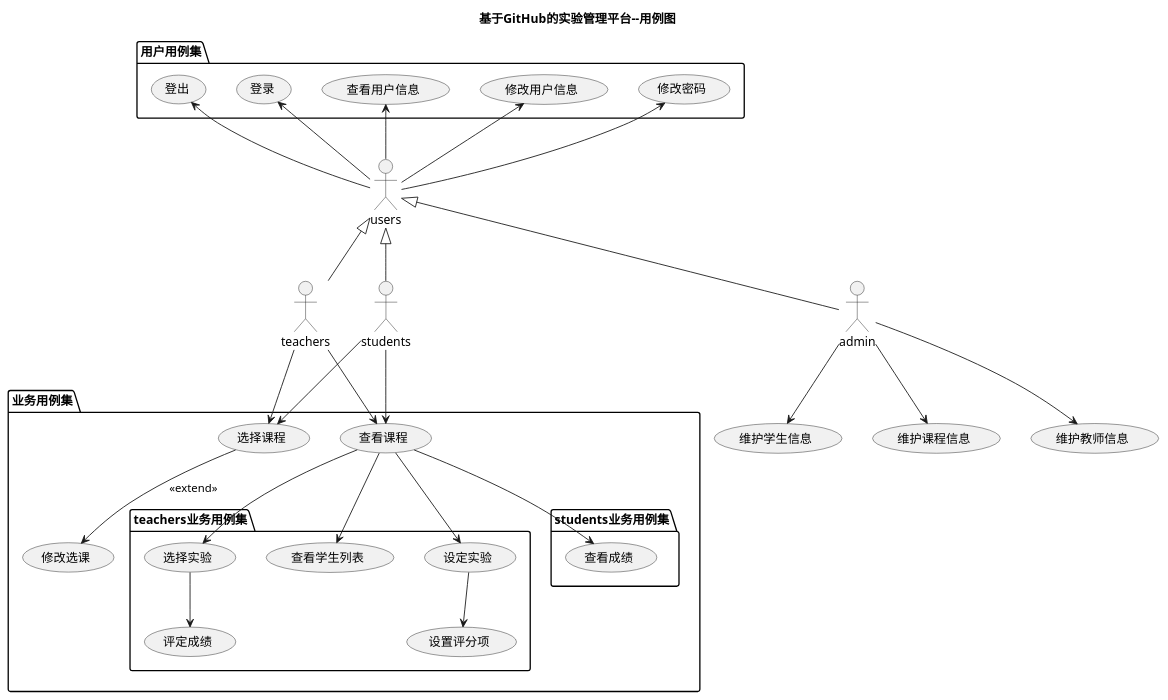
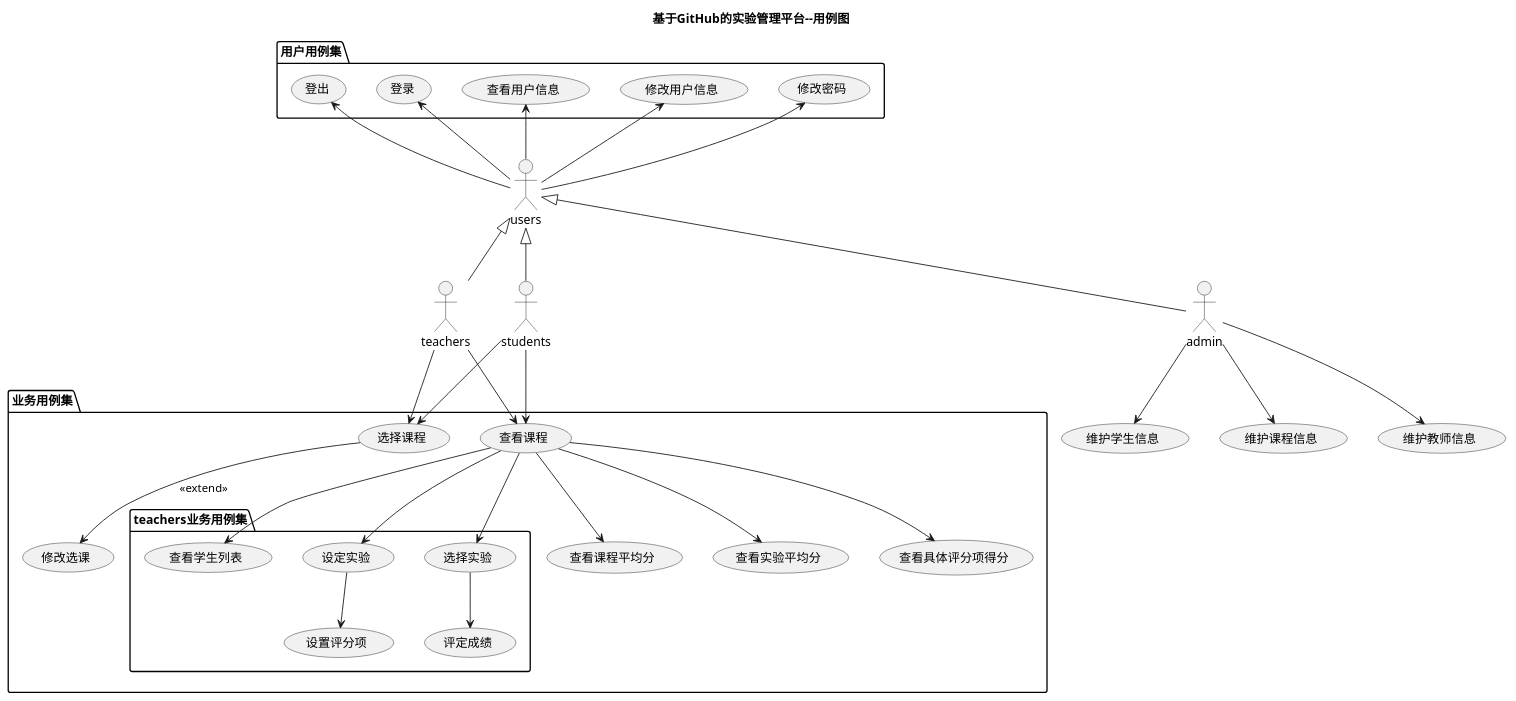
The diagram in test6/src/UserCase.puml (mzy1997/is_analysis), drawn with PlantUML before and after one commit. The commit also changed 2 other files, not shown here.

```diff
--- a/test6/src/UserCase.puml
+++ b/test6/src/UserCase.puml
@@ -1,38 +1,40 @@
 @startuml
 title 基于GitHub的实验管理平台--用例图
 actor users
 actor teachers
 actor students
 actor admin
 users <|-- teachers
 users <|-- students
 users <|-- admin
 package 用户用例集{
 users -up-> (修改密码)
 users -up-> (修改用户信息)
 users -up-> (查看用户信息)
 users -up-> (登录)
 users -up-> (登出)
 }
 package 业务用例集{
 teachers --> (选择课程)
 students --> (选择课程)
 (选择课程) -down-> (修改选课):<<extend>>
 teachers -down-> (查看课程)
 package teachers业务用例集{
 (查看课程) -down-> (设定实验)
 (设定实验) -down-> (设置评分项)
 (查看课程)-down-> (选择实验)
 (选择实验) --> (评定成绩)
 (查看课程) -down-> (查看学生列表)
 }
-package students业务用例集{
+
 students -down-> (查看课程)
-(查看课程) --> (查看成绩)
-}
+(查看课程) --> (查看课程平均分)
+(查看课程) --> (查看实验平均分)
+(查看课程) --> (查看具体评分项得分)
+
 }
 
 admin --> (维护课程信息)
 admin --> (维护教师信息)
 admin --> (维护学生信息)
 @enduml
```
